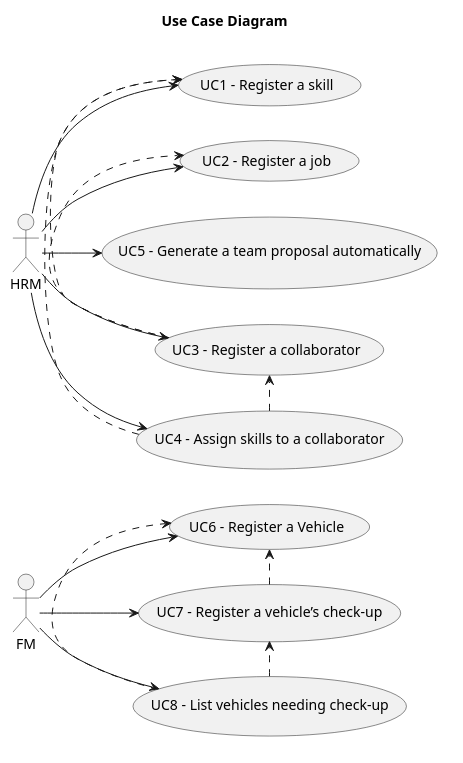
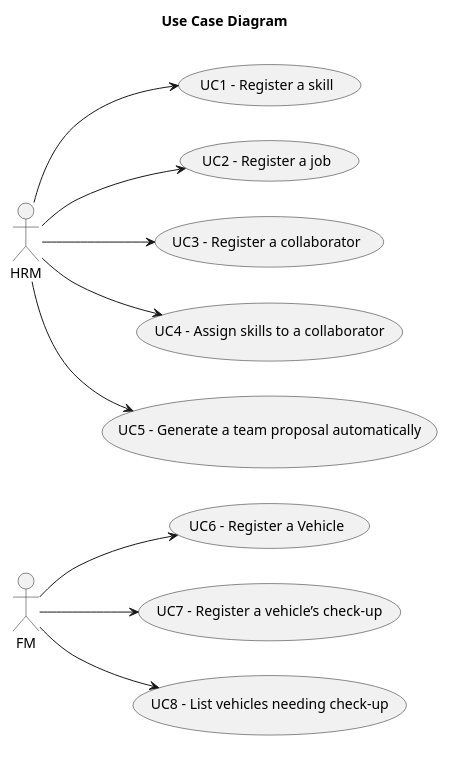
Before and after one commit to Rui-San/LAPR2_2023_2024: the diagram in docs/sprintA/global-artifacts/01.requirements-engineering/puml/use-case-diagram.puml, drawn with PlantUML.

Commit message:
Use Case Diagram update

```diff
--- a/docs/sprintA/global-artifacts/01.requirements-engineering/puml/use-case-diagram.puml
+++ b/docs/sprintA/global-artifacts/01.requirements-engineering/puml/use-case-diagram.puml
@@ -1,54 +1,44 @@
 @startuml
 'skinparam monochrome true
 skinparam packageStyle rectangle
 'skinparam shadowing false
 
 skinparam rectangle {
     borderColor transparent
 }
 
 title Use Case Diagram
 
 left to right direction
 
     actor "HRM"
     actor "FM"
 
 
 rectangle {
 
 
     usecase "UC1 - Register a skill" as UC1
     usecase "UC2 - Register a job" as UC2
     usecase "UC3 - Register a collaborator" as UC3
     usecase "UC4 - Assign skills to a collaborator" as UC4
     usecase "UC5 - Generate a team proposal automatically" as UC5
     usecase "UC6 - Register a Vehicle" as UC6
     usecase "UC7 - Register a vehicle’s check-up" as UC7
     usecase "UC8 - List vehicles needing check-up" as UC8
 
     HRM --> UC1
     HRM --> UC2
     HRM --> UC3
     HRM --> UC4
     HRM --> UC5
     FM --> UC6
     FM --> UC7
     FM --> UC8
 
 
-    UC3 .> UC1
-    UC3 .> UC2
-    UC4 .> UC1
-    UC4 .> UC3
-    UC7 .> UC6
-    UC8 .> UC6
-    UC8 .> UC7
-
-
-
 
 }
 
 
 @enduml
```
